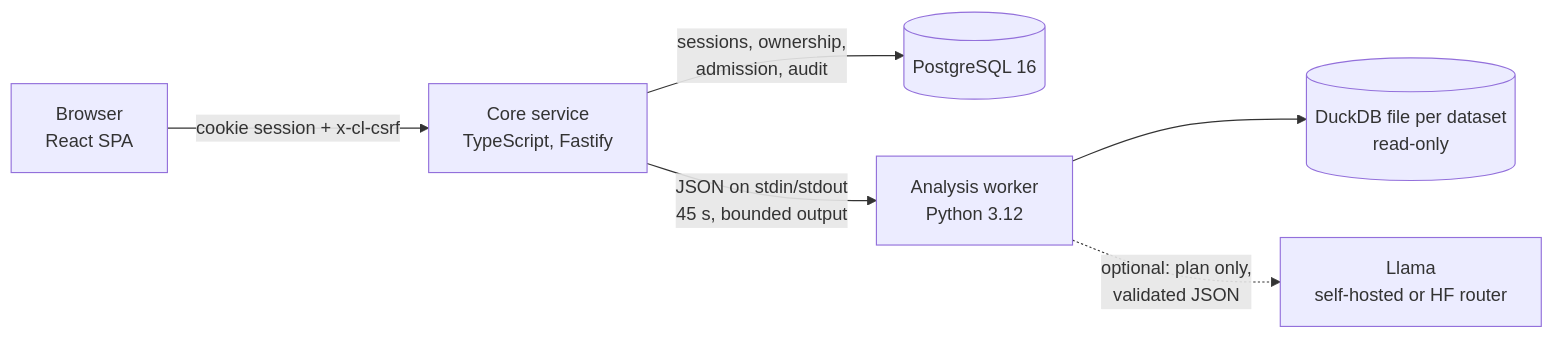
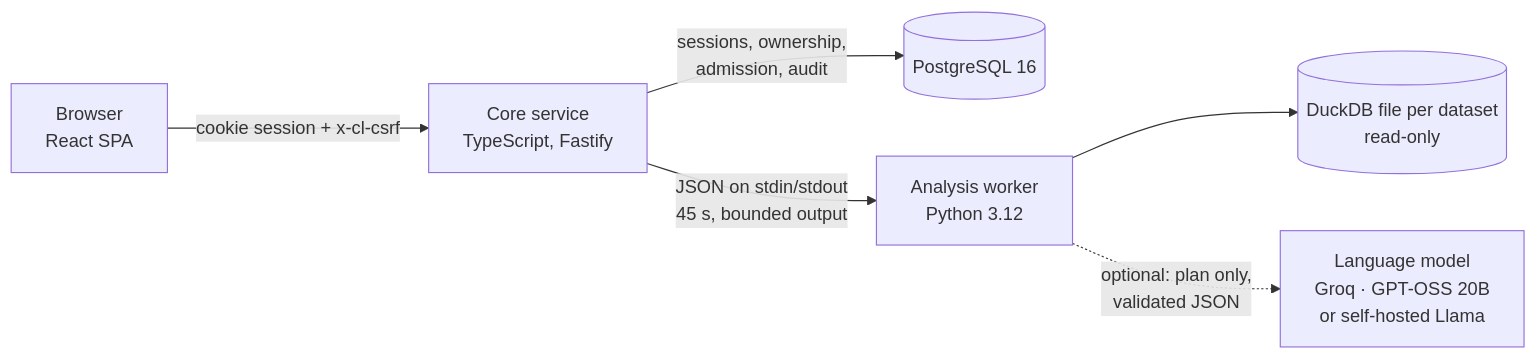
One commit to mesely/DataAnalyticsToolv2 changed the diagram in README.md. Above: the diagram before and after it, drawn with Mermaid. The commit also changed other lines of this file and 8 other files, not shown here.

First line of the commit message:
docs: live Groq evaluation receipt, README language-model section, Groq screenshots, AW-17 decision and guide

````diff
--- a/README.md
+++ b/README.md
@@ -109,8 +109,8 @@
 ```mermaid
 flowchart LR
   B["Browser<br/>React SPA"] -- "cookie session + x-cl-csrf" --> C["Core service<br/>TypeScript, Fastify"]
   C -- "sessions, ownership,<br/>admission, audit" --> P[(PostgreSQL 16)]
   C -- "JSON on stdin/stdout<br/>45 s, bounded output" --> W["Analysis worker<br/>Python 3.12"]
   W --> D[("DuckDB file per dataset<br/>read-only")]
-  W -. "optional: plan only,<br/>validated JSON" .-> L["Llama<br/>self-hosted or HF router"]
+  W -. "optional: plan only,<br/>validated JSON" .-> L["Language model<br/>Groq · GPT-OSS 20B<br/>or self-hosted Llama"]
 ```
````
